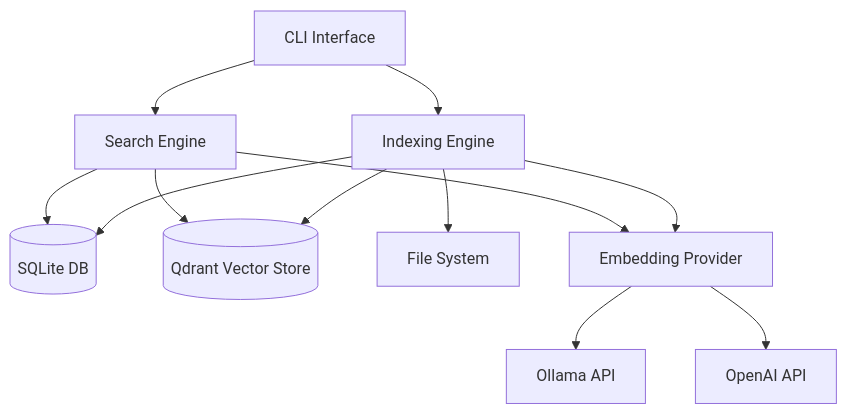
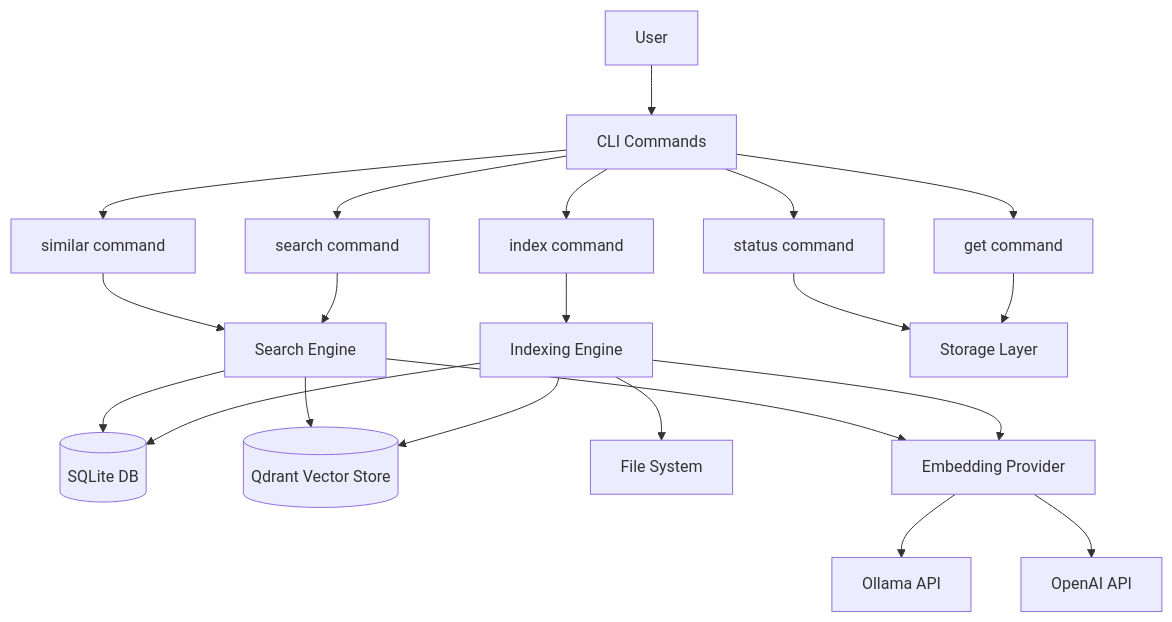
Before and after one commit to peteretelej/directory-indexer: the first of 9 diagrams in docs/designs/flows.md, drawn with Mermaid. The commit also changed other lines of this file and 7 other files, not shown here.

````diff
--- a/docs/designs/flows.md
+++ b/docs/designs/flows.md
@@ -8,17 +8,27 @@
 ```mermaid
 graph TB
-    CLI[CLI Interface] --> Engine[Indexing Engine]
-    CLI --> Search[Search Engine]
+    User[User] --> CLI[CLI Commands]
+    CLI --> IndexCmd[index command]
+    CLI --> SearchCmd[search command]
+    CLI --> SimilarCmd[similar command]
+    CLI --> GetCmd[get command]
+    CLI --> StatusCmd[status command]
     
-    Engine --> SQLite[(SQLite DB)]
-    Engine --> Qdrant[(Qdrant Vector Store)]
-    Engine --> Files[File System]
-    Engine --> Embed[Embedding Provider]
+    IndexCmd --> IndexEngine[Indexing Engine]
+    SearchCmd --> SearchEngine[Search Engine]
+    SimilarCmd --> SearchEngine
+    GetCmd --> Storage[Storage Layer]
+    StatusCmd --> Storage
     
-    Search --> SQLite
-    Search --> Qdrant
-    Search --> Embed
+    IndexEngine --> SQLite[(SQLite DB)]
+    IndexEngine --> Qdrant[(Qdrant Vector Store)]
+    IndexEngine --> FileSystem[File System]
+    IndexEngine --> EmbedProvider[Embedding Provider]
     
-    Embed --> Ollama[Ollama API]
-    Embed --> OpenAI[OpenAI API]
+    SearchEngine --> SQLite
+    SearchEngine --> Qdrant
+    SearchEngine --> EmbedProvider
+    
+    EmbedProvider --> Ollama[Ollama API]
+    EmbedProvider --> OpenAI[OpenAI API]
 ```
````
